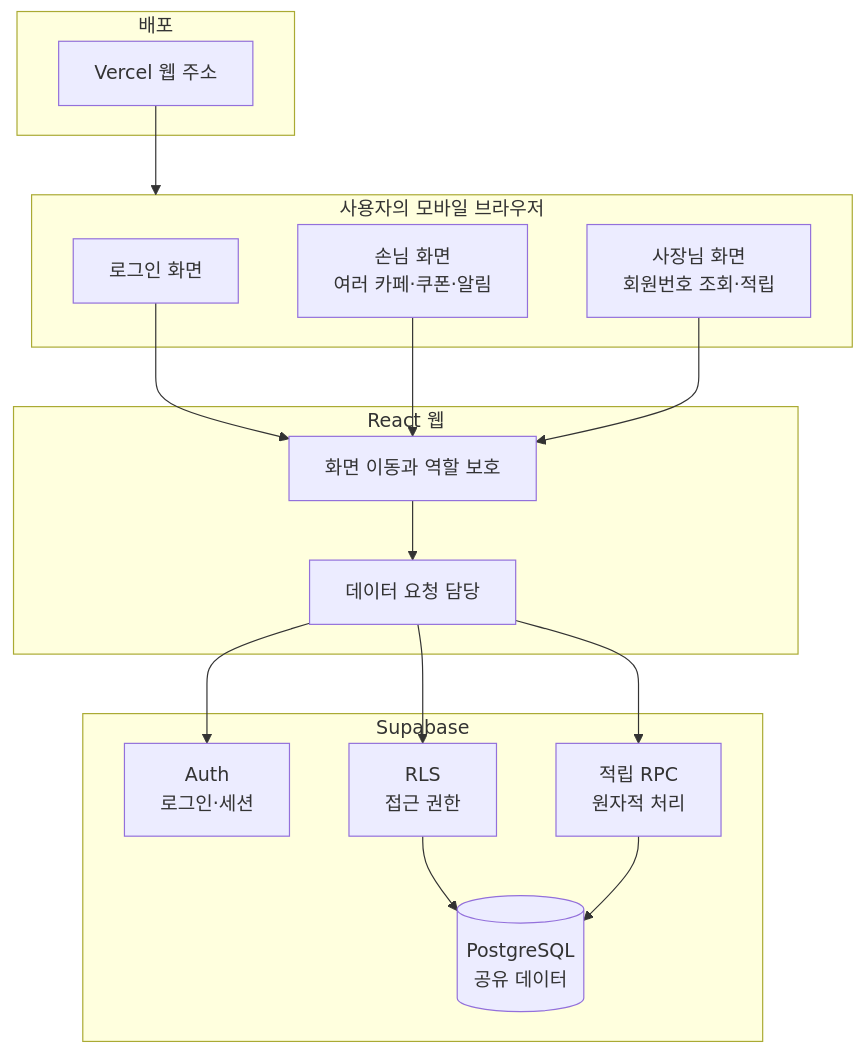
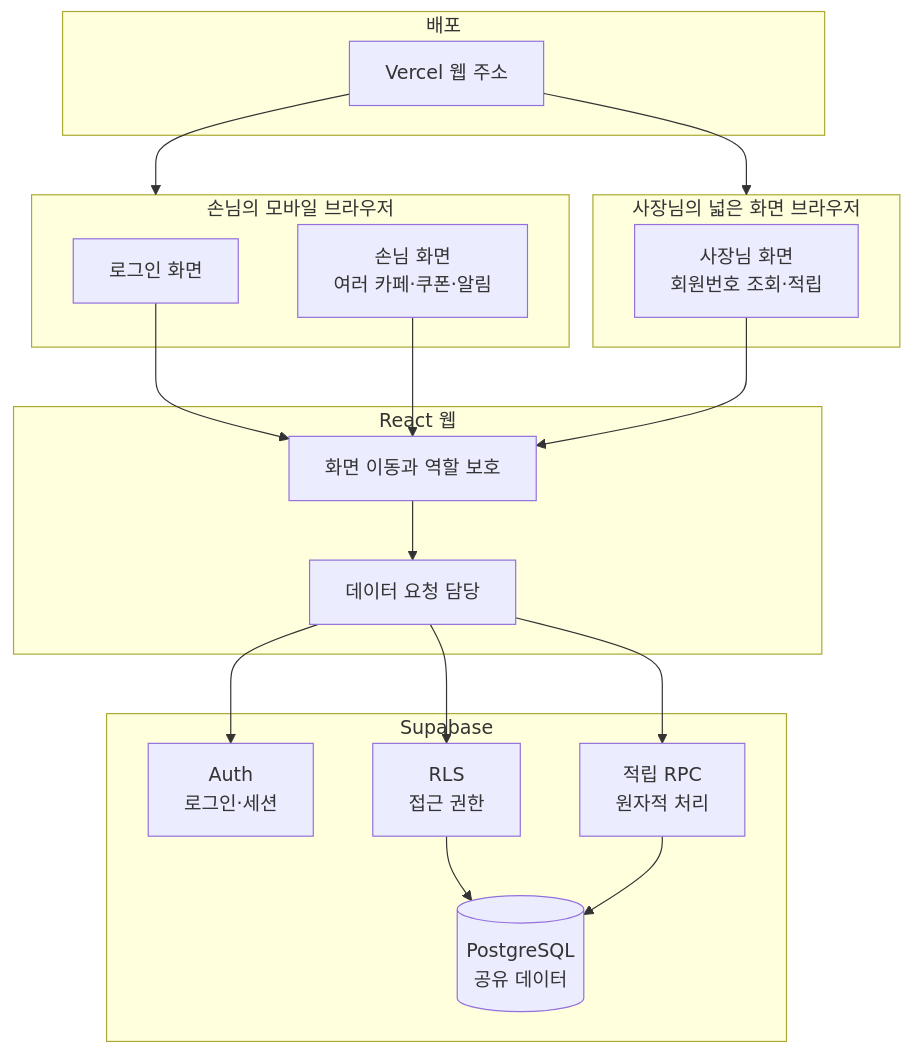
Before and after one commit to Mureung1/hub-showcase: the third of 12 diagrams in docs/beginner-development-roadmap.md, drawn with Mermaid. The commit also changed other lines of this file and 6 other files, not shown here.

Commit message:
docs(plan): MVP 개발 계획과 구조 다이어그램 정리

````diff
--- a/docs/beginner-development-roadmap.md
+++ b/docs/beginner-development-roadmap.md
@@ -52,35 +52,39 @@
 ```mermaid
 flowchart TB
-    subgraph Browser["사용자의 모바일 브라우저"]
+    subgraph CustomerBrowser["손님의 모바일 브라우저"]
         Login["로그인 화면"]
         CustomerPage["손님 화면<br/>여러 카페·쿠폰·알림"]
+    end
+
+    subgraph OwnerBrowser["사장님의 넓은 화면 브라우저"]
         OwnerPage["사장님 화면<br/>회원번호 조회·적립"]
     end
 
     subgraph Frontend["React 웹"]
         Router["화면 이동과 역할 보호"]
         Services["데이터 요청 담당"]
     end
 
     subgraph Supabase["Supabase"]
         Auth["Auth<br/>로그인·세션"]
         RLS["RLS<br/>접근 권한"]
         Database[("PostgreSQL<br/>공유 데이터")]
         RPC["적립 RPC<br/>원자적 처리"]
     end
 
     subgraph Deploy["배포"]
         Vercel["Vercel 웹 주소"]
     end
 
     Login --> Router
     CustomerPage --> Router
     OwnerPage --> Router
     Router --> Services
     Services --> Auth
     Services --> RLS
     RLS --> Database
     Services --> RPC
     RPC --> Database
-    Vercel --> Browser
+    Vercel --> CustomerBrowser
+    Vercel --> OwnerBrowser
 ```
````
